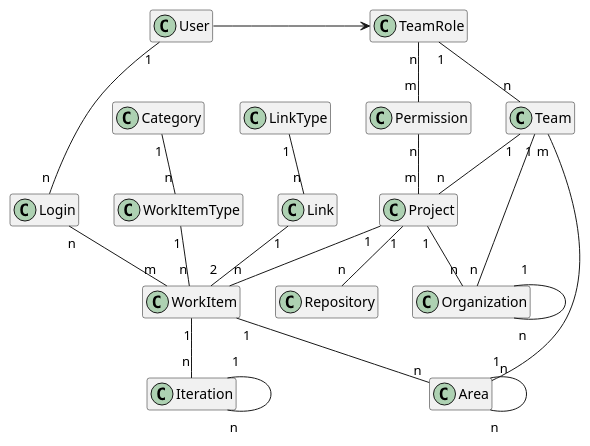
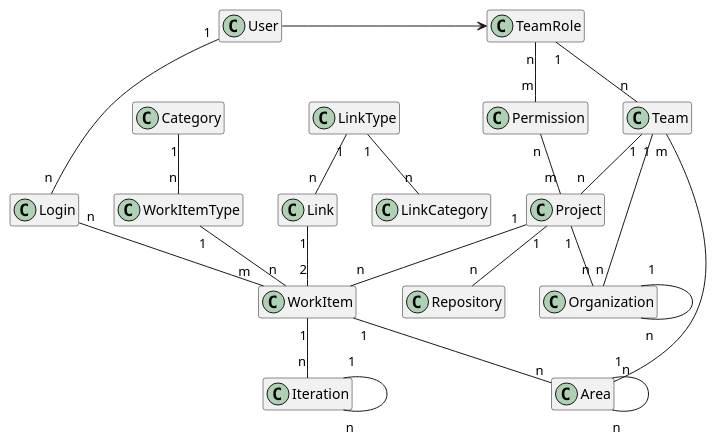
Before and after one commit to fabric8-services/fabric8-devdoc: the diagram in _blueprints/model_overview.adoc, drawn with PlantUML.

Commit message:
add link category by @kwk

```diff
--- a/_blueprints/model_overview.adoc
+++ b/_blueprints/model_overview.adoc
@@ -3,45 +3,46 @@
 [plantuml, uml_overview, svg]
 ----
 hide members
 
 class User 
 class Login
 class TeamRole
 class WorkItem
 class Team
 class Permission
 class Project
 class WorkItemType
 class Category
 class Link
 class LinkType
 class Repository
 class Organization
 class Area
 class Iteration
 
 User -> TeamRole
 TeamRole "1" -- "n" Team
 Team "1" -- "n" Project
 Project "1" -- "n" WorkItem
 Project "1" -- "n" Repository
 WorkItemType "1" -- "n" WorkItem
 LinkType "1" -- "n" Link
+LinkType "1" -- "n" LinkCategory
 Category "1" -- "n" WorkItemType
 Organization "1" -- "n" Organization
 Area "1" -- "n" Area
 Iteration "1" -- "n" Iteration
 Team "1" -- "n" Organization
 Project "1" -- "n" Organization
 WorkItem "1" -- "n" Area
 WorkItem "1" -- "n" Iteration
 User "1" -- "n" Login
 
 TeamRole "n" -- "m" Permission
 Permission "n" -- "m" Project
 Login "n" -- "m" WorkItem
 Area "n" -- "m" Team
 
 Link "1" -- "2" WorkItem
 
 ----
```
